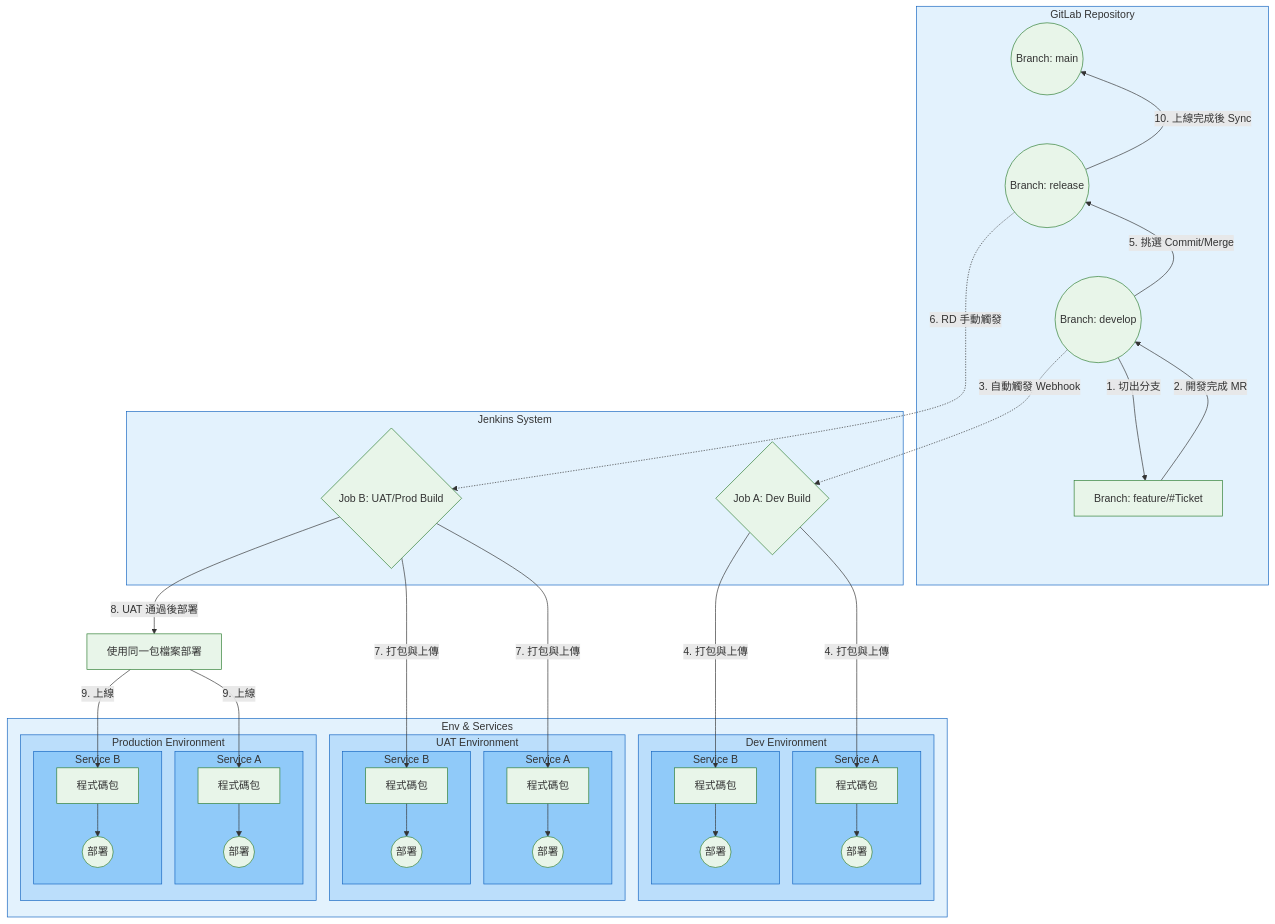
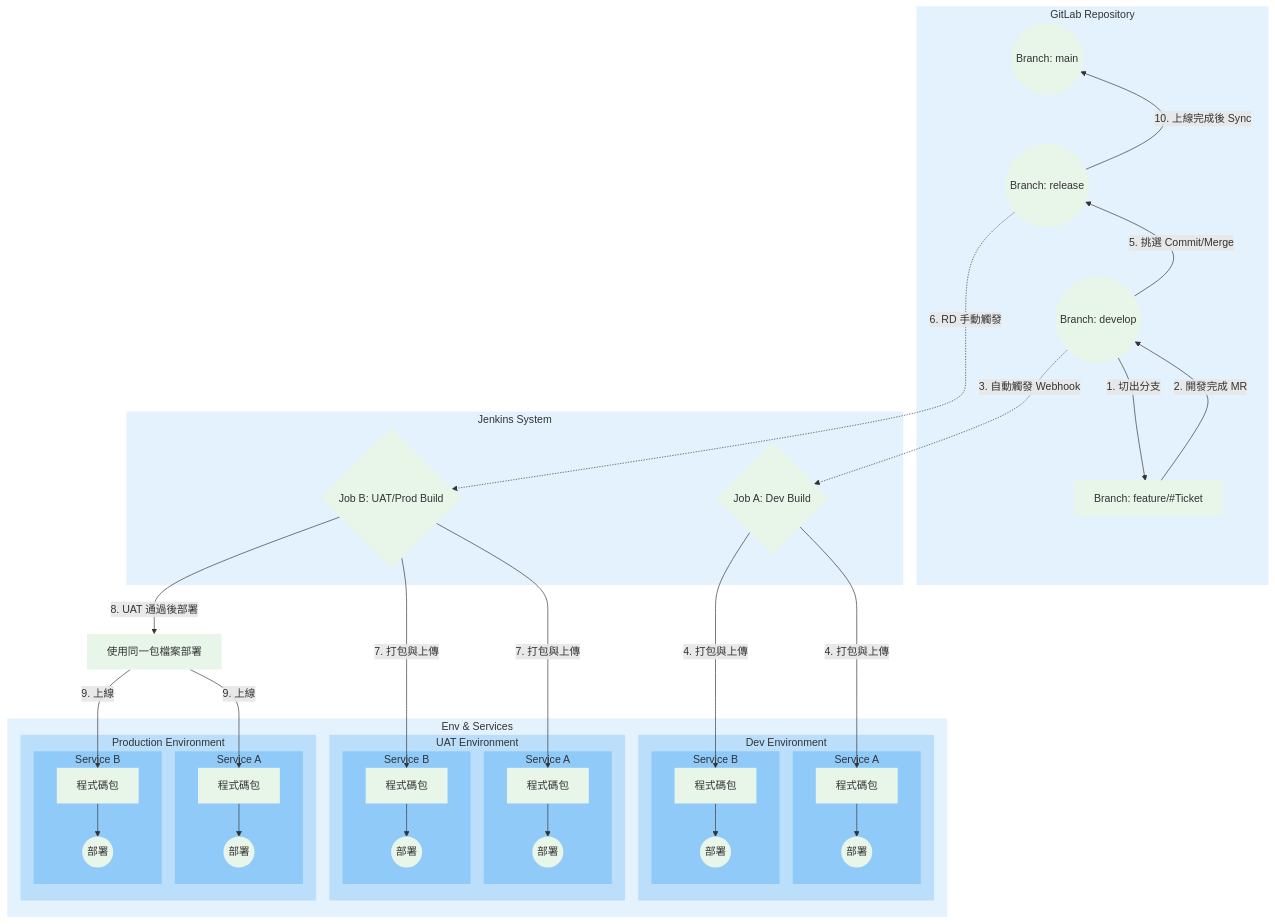
Before and after one commit to almightyken0425/KnowledgeVault: the second of 2 diagrams in SIT/ReleaseWorkFlow.md, drawn with Mermaid.

````diff
--- a/SIT/ReleaseWorkFlow.md
+++ b/SIT/ReleaseWorkFlow.md
@@ -47,11 +47,11 @@
 ```mermaid
 graph TD
     %% 定義樣式
-    classDef branch fill:#E8F5E9,stroke:#2E7D32,stroke-width:1px;
-    classDef action fill:#E8F5E9,stroke:#2E7D32,stroke-width:1px;
-    classDef server fill:#E8F5E9,stroke:#2E7D32,stroke-width:1px;
-    classDef jenkins fill:#E8F5E9,stroke:#2E7D32,stroke-width:1px;
-    classDef deployAction fill:#E8F5E9,stroke:#2E7D32,stroke-width:1px;
+    classDef branch fill:#E8F5E9,stroke:#2E7D32,stroke-width:0px;
+    classDef action fill:#E8F5E9,stroke:#2E7D32,stroke-width:0px;
+    classDef server fill:#E8F5E9,stroke:#2E7D32,stroke-width:0px;
+    classDef jenkins fill:#E8F5E9,stroke:#2E7D32,stroke-width:0px;
+    classDef deployAction fill:#E8F5E9,stroke:#2E7D32,stroke-width:0px;
 
     %% 節點定義
     subgraph Git_Repo [GitLab Repository]
@@ -128,20 +128,20 @@
 
     %% Subgraph Styles
     %% Level 1: Lightest Blue
-    style Git_Repo fill:#E3F2FD,stroke:#1565C0,stroke-width:1px
-    style CI_CD fill:#E3F2FD,stroke:#1565C0,stroke-width:1px
-    style Environments fill:#E3F2FD,stroke:#1565C0,stroke-width:1px
+    style Git_Repo fill:#E3F2FD,stroke:#1565C0,stroke-width:0px
+    style CI_CD fill:#E3F2FD,stroke:#1565C0,stroke-width:0px
+    style Environments fill:#E3F2FD,stroke:#1565C0,stroke-width:0px
 
     %% Level 2: Medium Blue
-    style DevEnv fill:#BBDEFB,stroke:#1565C0,stroke-width:1px
-    style UATEnv fill:#BBDEFB,stroke:#1565C0,stroke-width:1px
-    style ProdEnv fill:#BBDEFB,stroke:#1565C0,stroke-width:1px
+    style DevEnv fill:#BBDEFB,stroke:#1565C0,stroke-width:0px
+    style UATEnv fill:#BBDEFB,stroke:#1565C0,stroke-width:0px
+    style ProdEnv fill:#BBDEFB,stroke:#1565C0,stroke-width:0px
 
     %% Level 3: Darkest Blue
-    style DevServiceA fill:#90CAF9,stroke:#1565C0,stroke-width:1px
-    style DevServiceB fill:#90CAF9,stroke:#1565C0,stroke-width:1px
-    style UATServiceA fill:#90CAF9,stroke:#1565C0,stroke-width:1px
-    style UATServiceB fill:#90CAF9,stroke:#1565C0,stroke-width:1px
-    style ProdServiceA fill:#90CAF9,stroke:#1565C0,stroke-width:1px
-    style ProdServiceB fill:#90CAF9,stroke:#1565C0,stroke-width:1px
+    style DevServiceA fill:#90CAF9,stroke:#1565C0,stroke-width:0px
+    style DevServiceB fill:#90CAF9,stroke:#1565C0,stroke-width:0px
+    style UATServiceA fill:#90CAF9,stroke:#1565C0,stroke-width:0px
+    style UATServiceB fill:#90CAF9,stroke:#1565C0,stroke-width:0px
+    style ProdServiceA fill:#90CAF9,stroke:#1565C0,stroke-width:0px
+    style ProdServiceB fill:#90CAF9,stroke:#1565C0,stroke-width:0px
 ```
````
